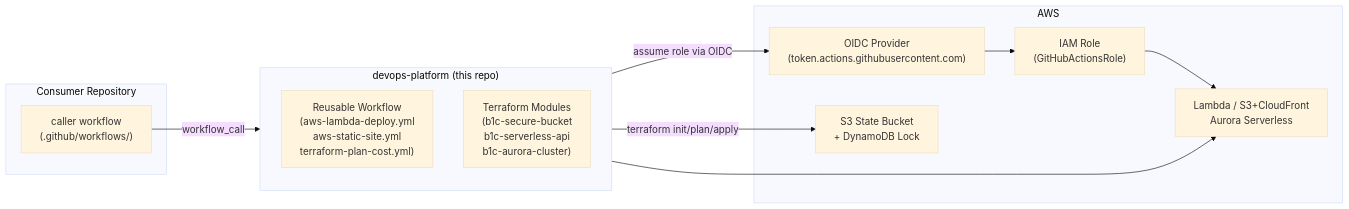
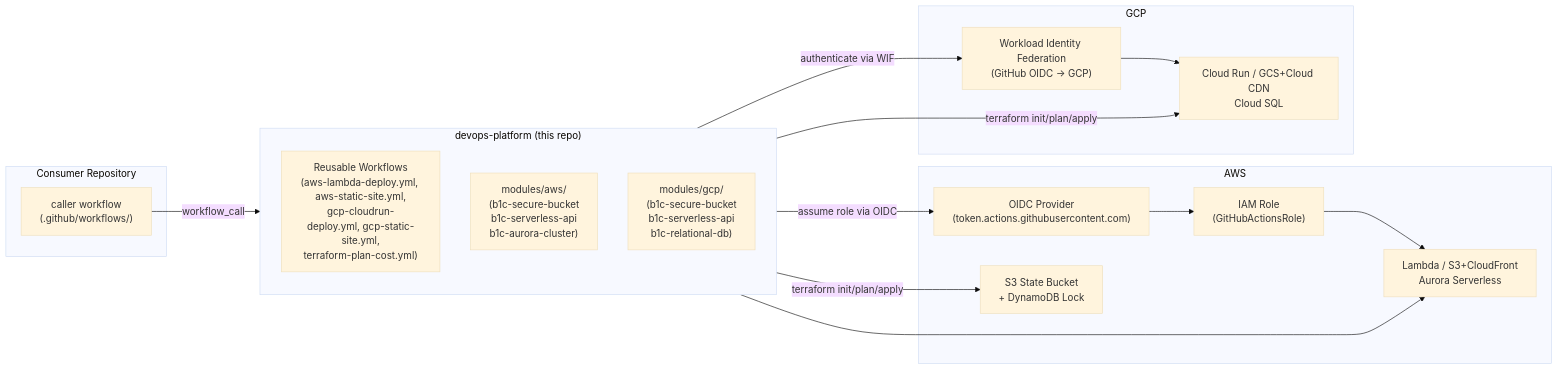
One commit to b1codes/devops-platform changed the diagram in README.md. Above: the diagram before and after it, drawn with Mermaid (base theme). The commit also changed other lines of this file and 7 other files, not shown here.

Commit message:
docs: document GCP modules and workflows across README, ARCHITECTURE, and b1 context

````diff
--- a/README.md
+++ b/README.md
@@ -15,26 +15,35 @@
 ```mermaid
 flowchart LR
     subgraph consumer["Consumer Repository"]
         caller["caller workflow\n(.github/workflows/)"]
     end
 
     subgraph engine["devops-platform (this repo)"]
         direction TB
-        rw["Reusable Workflow\n(aws-lambda-deploy.yml\naws-static-site.yml\nterraform-plan-cost.yml)"]
-        tf["Terraform Modules\n(b1c-secure-bucket\nb1c-serverless-api\nb1c-aurora-cluster)"]
+        rw["Reusable Workflows\n(aws-lambda-deploy.yml, aws-static-site.yml,\ngcp-cloudrun-deploy.yml, gcp-static-site.yml,\nterraform-plan-cost.yml)"]
+        tfaws["modules/aws/\n(b1c-secure-bucket\nb1c-serverless-api\nb1c-aurora-cluster)"]
+        tfgcp["modules/gcp/\n(b1c-secure-bucket\nb1c-serverless-api\nb1c-relational-db)"]
     end
 
     subgraph aws["AWS"]
         oidc["OIDC Provider\n(token.actions.githubusercontent.com)"]
         role["IAM Role\n(GitHubActionsRole)"]
         services["Lambda / S3+CloudFront\nAurora Serverless"]
         state["S3 State Bucket\n+ DynamoDB Lock"]
     end
 
+    subgraph gcp["GCP"]
+        wif["Workload Identity Federation\n(GitHub OIDC → GCP)"]
+        services_gcp["Cloud Run / GCS+Cloud CDN\nCloud SQL"]
+    end
+
     caller -->|"workflow_call"| rw
     rw -->|"assume role via OIDC"| oidc
     oidc --> role
     role --> services
-    tf -->|"terraform init/plan/apply"| state
-    tf --> services
+    rw -->|"authenticate via WIF"| wif
+    wif --> services_gcp
+    tfaws -->|"terraform init/plan/apply"| state
+    tfaws --> services
+    tfgcp -->|"terraform init/plan/apply"| services_gcp
 ```
````
